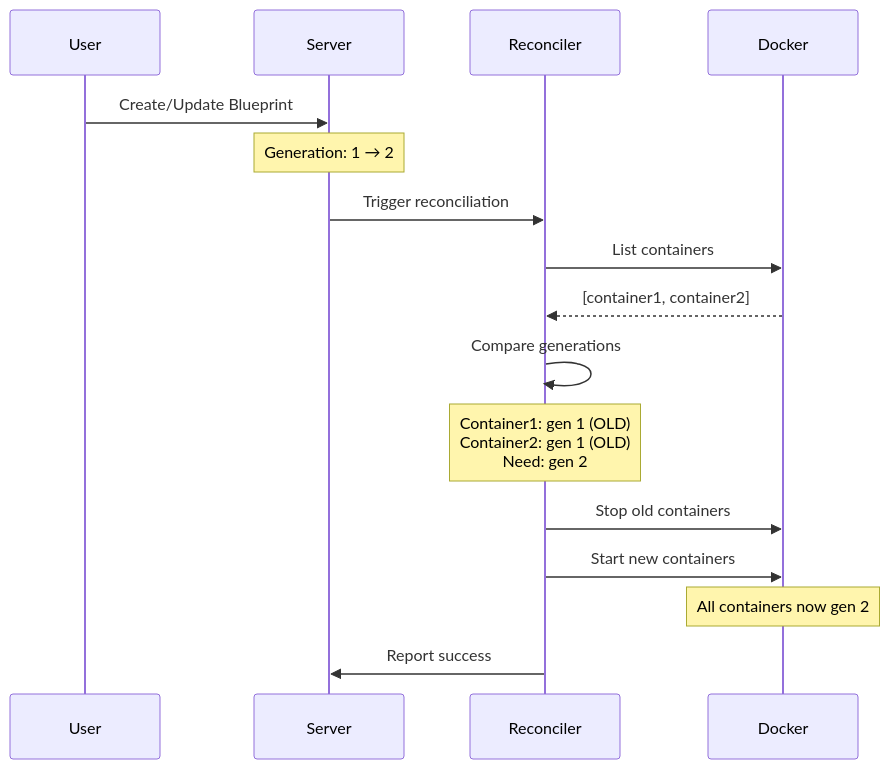
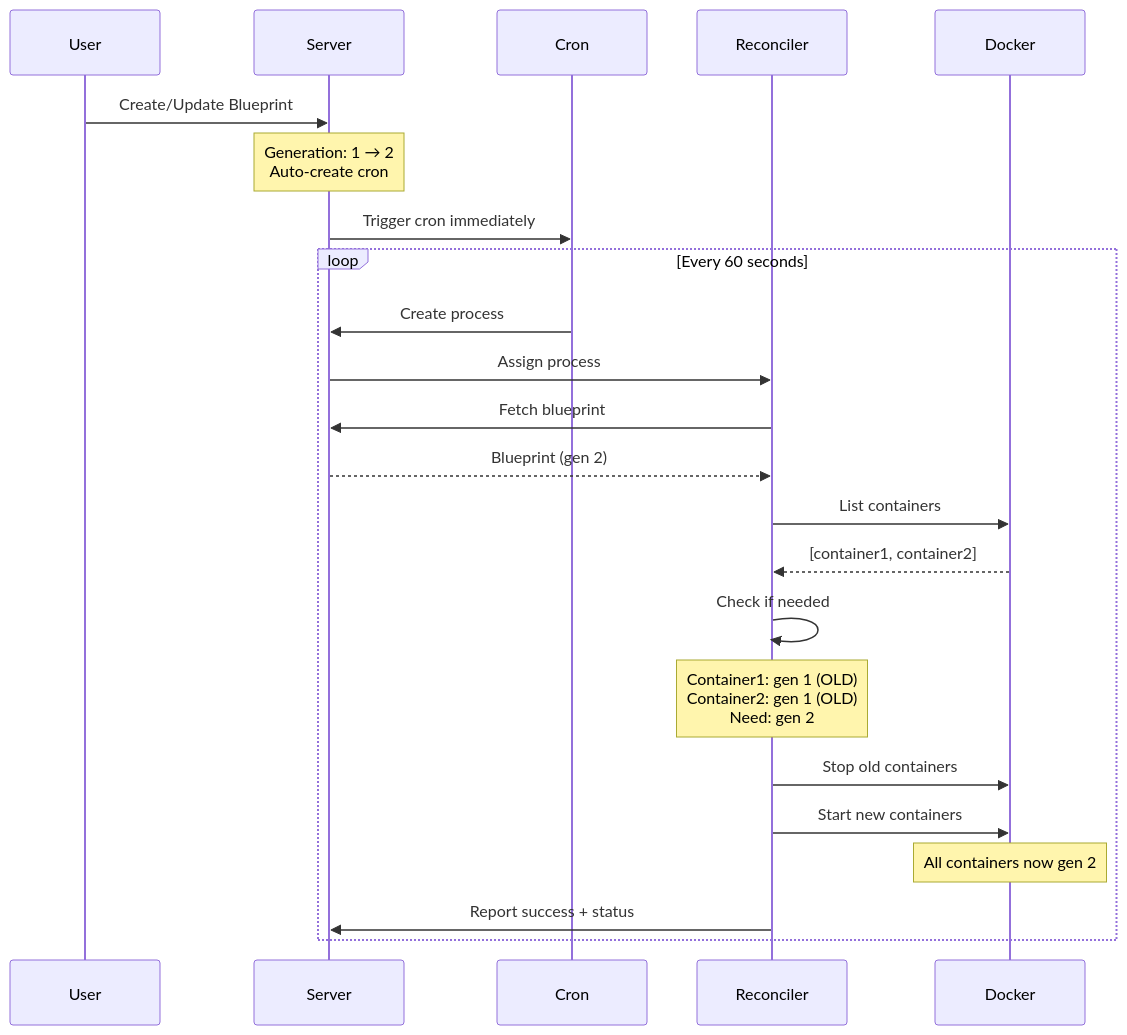
The second of 2 diagrams in docker-reconciler/README.md (JosefVilestadGit/executors), drawn with Mermaid before and after one commit. The commit also changed other lines of this file and 10 other files, not shown here.

````diff
--- a/docker-reconciler/README.md
+++ b/docker-reconciler/README.md
@@ -157,23 +170,32 @@
 ```mermaid
 sequenceDiagram
     participant User
     participant Server
+    participant Cron
     participant Reconciler
     participant Docker
 
     User->>Server: Create/Update Blueprint
-    Note over Server: Generation: 1 → 2
-    Server->>Reconciler: Trigger reconciliation
+    Note over Server: Generation: 1 → 2<br/>Auto-create cron
+    Server->>Cron: Trigger cron immediately
 
-    Reconciler->>Docker: List containers
-    Docker-->>Reconciler: [container1, container2]
+    loop Every 60 seconds
+        Cron->>Server: Create process
+        Server->>Reconciler: Assign process
 
-    Reconciler->>Reconciler: Compare generations
-    Note over Reconciler: Container1: gen 1 (OLD)<br/>Container2: gen 1 (OLD)<br/>Need: gen 2
+        Reconciler->>Server: Fetch blueprint
+        Server-->>Reconciler: Blueprint (gen 2)
 
-    Reconciler->>Docker: Stop old containers
-    Reconciler->>Docker: Start new containers
-    Note over Docker: All containers now gen 2
+        Reconciler->>Docker: List containers
+        Docker-->>Reconciler: [container1, container2]
 
-    Reconciler->>Server: Report success
+        Reconciler->>Reconciler: Check if needed
+        Note over Reconciler: Container1: gen 1 (OLD)<br/>Container2: gen 1 (OLD)<br/>Need: gen 2
+
+        Reconciler->>Docker: Stop old containers
+        Reconciler->>Docker: Start new containers
+        Note over Docker: All containers now gen 2
+
+        Reconciler->>Server: Report success + status
+    end
 ```
````
